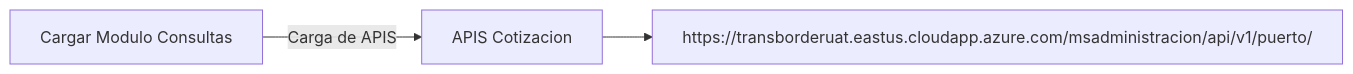
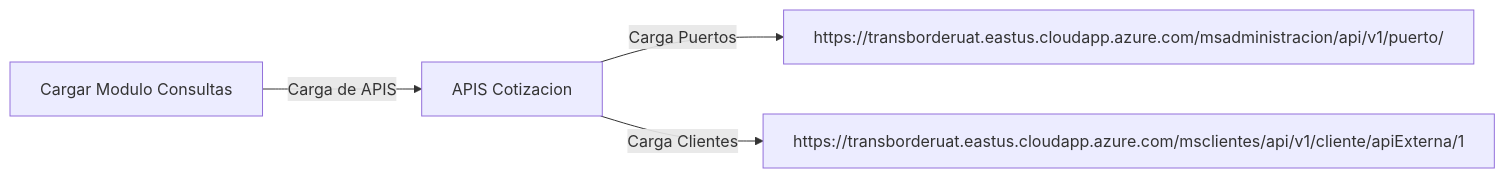
Before and after one commit to tbrjgrisales/FrontCotizadorDocs: the diagram in COTIZACION.md, drawn with Mermaid.

Commit message:
Add diagram consult

````diff
--- a/COTIZACION.md
+++ b/COTIZACION.md
@@ -1395,6 +1395,7 @@
 ```mermaid
 graph LR
 A[Cargar Modulo Consultas] -- Carga de APIS --> B[APIS Cotizacion]
-B --> C[https://transborderuat.eastus.cloudapp.azure.com/msadministracion/api/v1/puerto/]
+B -- Carga Puertos --> C[https://transborderuat.eastus.cloudapp.azure.com/msadministracion/api/v1/puerto/]
+B -- Carga Clientes --> D[https://transborderuat.eastus.cloudapp.azure.com/msclientes/api/v1/cliente/apiExterna/1]
 
 ```
````
